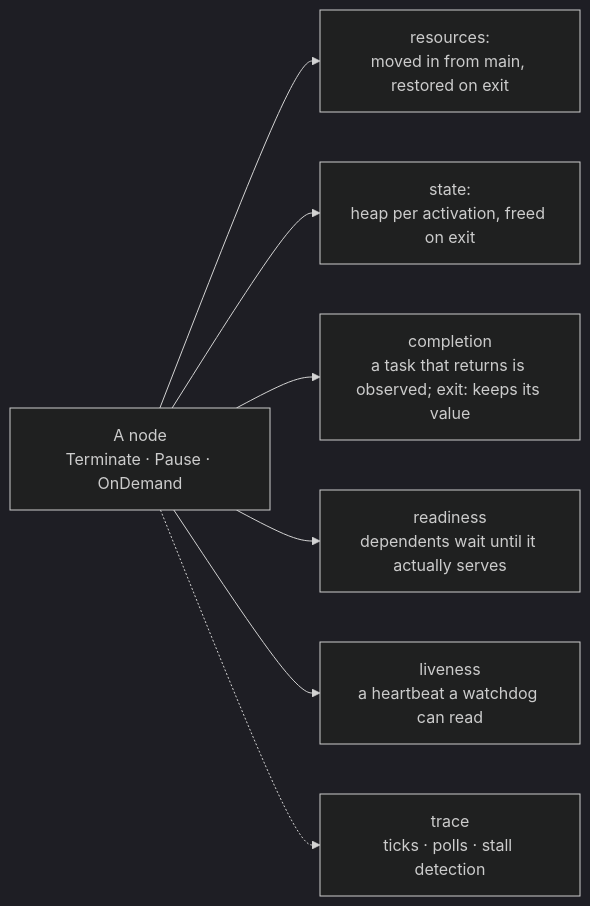
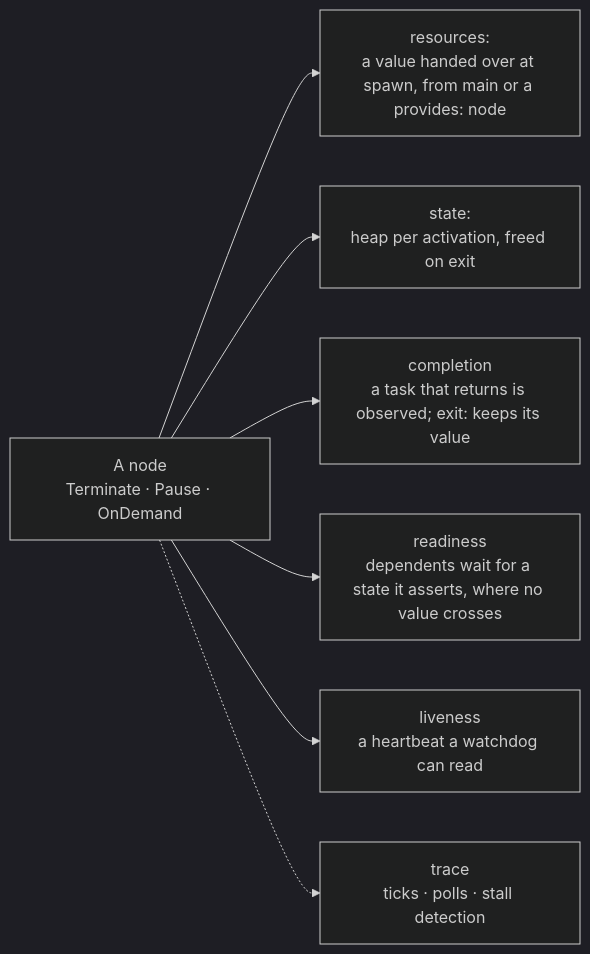
The third of 3 diagrams in README.md (cedrivard/embassy-supervisor), drawn with Mermaid (dark theme) before and after one commit. The commit also changed other lines of this file and 275 other files, not shown here.

````diff
--- a/README.md
+++ b/README.md
@@ -135,17 +137,17 @@
 ```mermaid
 flowchart LR
     NODE["A node<br/>Terminate · Pause · OnDemand"]
-    RES["resources:<br/>moved in from main, restored on exit"]
+    RES["resources:<br/>a value handed over at spawn, from main or a provides: node"]
     STATE["state:<br/>heap per activation, freed on exit"]
     DONE["completion<br/>a task that returns is observed; exit: keeps its value"]
-    READY["readiness<br/>dependents wait until it actually serves"]
+    READY["readiness<br/>dependents wait for a state it asserts, where no value crosses"]
     LIVE["liveness<br/>a heartbeat a watchdog can read"]
     TRACE["trace<br/>ticks · polls · stall detection"]
 
     NODE --> RES
     NODE --> STATE
     NODE --> DONE
     NODE --> READY
     NODE --> LIVE
     NODE -.-> TRACE
 ```
````
